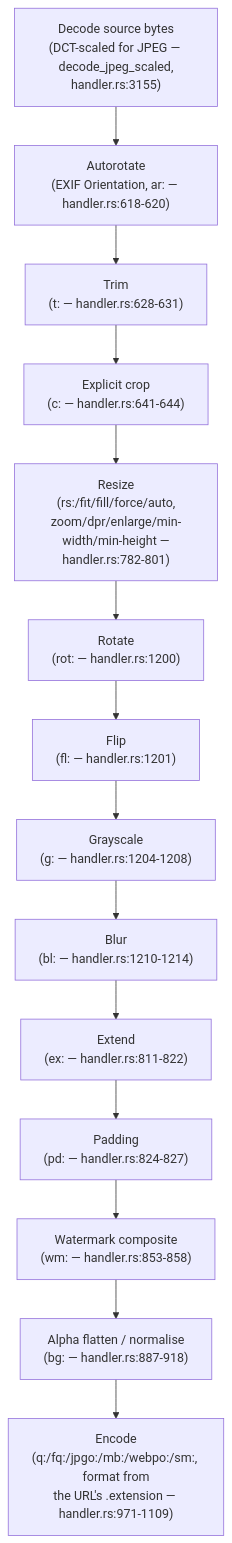
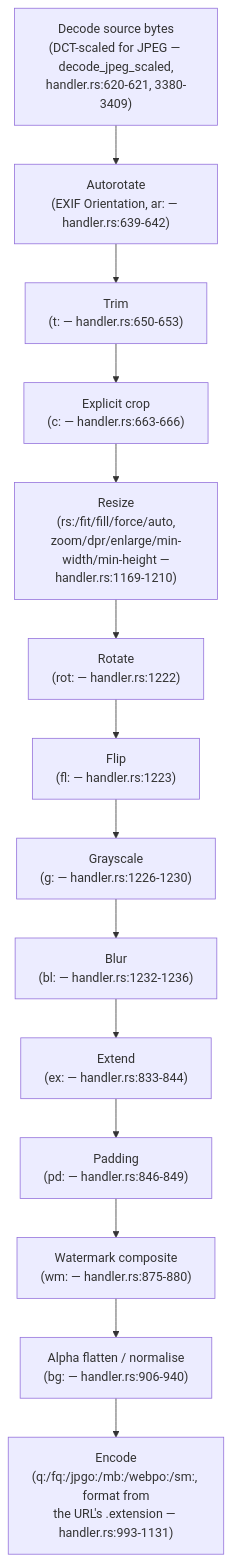
Before and after one commit to vaam-store/image-resizer: the diagram in docs/user-guide/api-reference.md, drawn with Mermaid. The commit also changed other lines of this file and 8 other files, not shown here.

````diff
--- a/docs/user-guide/api-reference.md
+++ b/docs/user-guide/api-reference.md
@@ -334,16 +334,16 @@
 ```mermaid
 flowchart TD
-    A["Decode source bytes<br/>(DCT-scaled for JPEG — decode_jpeg_scaled,<br/>handler.rs:3155)"] --> B["Autorotate<br/>(EXIF Orientation, ar: — handler.rs:618-620)"]
-    B --> C["Trim<br/>(t: — handler.rs:628-631)"]
-    C --> D["Explicit crop<br/>(c: — handler.rs:641-644)"]
-    D --> E["Resize<br/>(rs:/fit/fill/force/auto,<br/>zoom/dpr/enlarge/min-width/min-height —<br/>handler.rs:782-801)"]
-    E --> F["Rotate<br/>(rot: — handler.rs:1200)"]
-    F --> G["Flip<br/>(fl: — handler.rs:1201)"]
-    G --> H["Grayscale<br/>(g: — handler.rs:1204-1208)"]
-    H --> I["Blur<br/>(bl: — handler.rs:1210-1214)"]
-    I --> J["Extend<br/>(ex: — handler.rs:811-822)"]
-    J --> K["Padding<br/>(pd: — handler.rs:824-827)"]
-    K --> L["Watermark composite<br/>(wm: — handler.rs:853-858)"]
-    L --> M["Alpha flatten / normalise<br/>(bg: — handler.rs:887-918)"]
-    M --> N["Encode<br/>(q:/fq:/jpgo:/mb:/webpo:/sm:, format from<br/>the URL's .extension — handler.rs:971-1109)"]
+    A["Decode source bytes<br/>(DCT-scaled for JPEG — decode_jpeg_scaled,<br/>handler.rs:620-621, 3380-3409)"] --> B["Autorotate<br/>(EXIF Orientation, ar: — handler.rs:639-642)"]
+    B --> C["Trim<br/>(t: — handler.rs:650-653)"]
+    C --> D["Explicit crop<br/>(c: — handler.rs:663-666)"]
+    D --> E["Resize<br/>(rs:/fit/fill/force/auto,<br/>zoom/dpr/enlarge/min-width/min-height —<br/>handler.rs:1169-1210)"]
+    E --> F["Rotate<br/>(rot: — handler.rs:1222)"]
+    F --> G["Flip<br/>(fl: — handler.rs:1223)"]
+    G --> H["Grayscale<br/>(g: — handler.rs:1226-1230)"]
+    H --> I["Blur<br/>(bl: — handler.rs:1232-1236)"]
+    I --> J["Extend<br/>(ex: — handler.rs:833-844)"]
+    J --> K["Padding<br/>(pd: — handler.rs:846-849)"]
+    K --> L["Watermark composite<br/>(wm: — handler.rs:875-880)"]
+    L --> M["Alpha flatten / normalise<br/>(bg: — handler.rs:906-940)"]
+    M --> N["Encode<br/>(q:/fq:/jpgo:/mb:/webpo:/sm:, format from<br/>the URL's .extension — handler.rs:993-1131)"]
 ```
````
